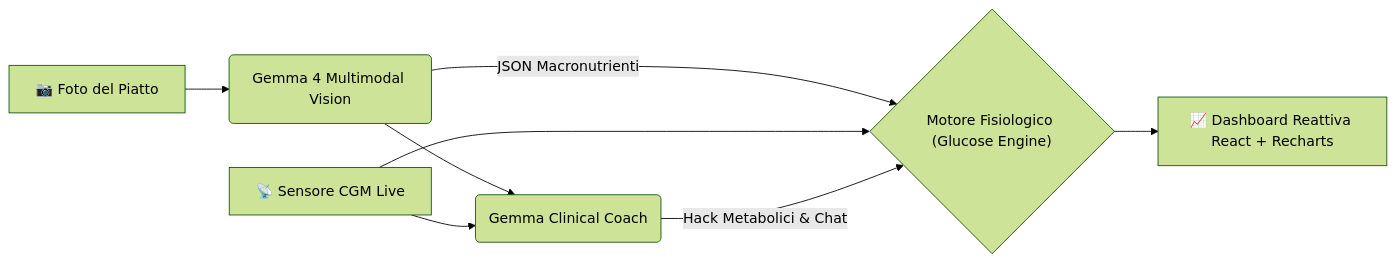
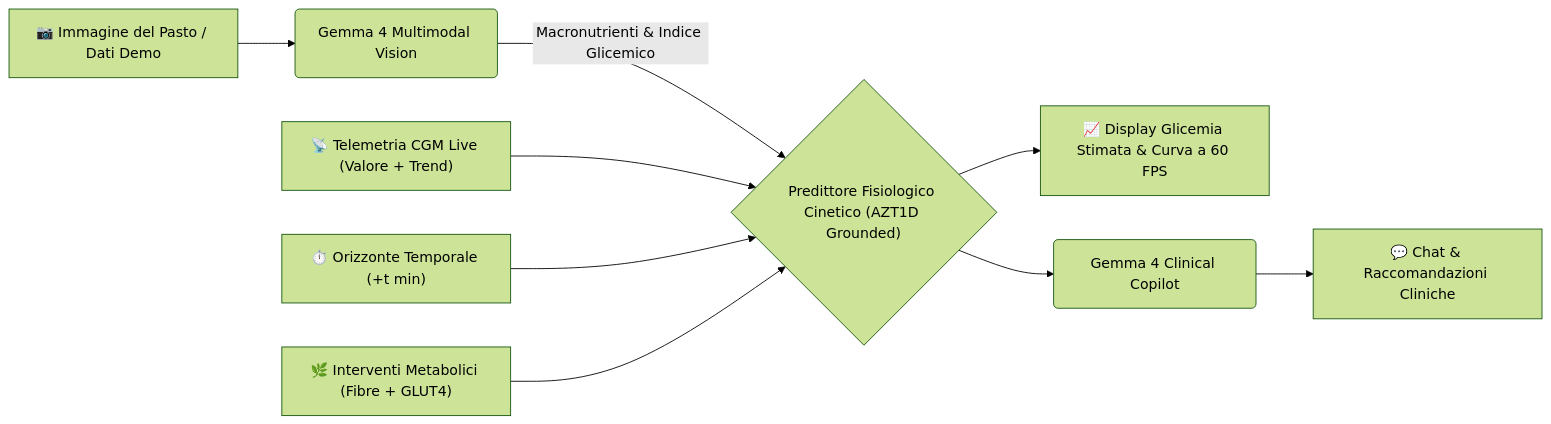
The diagram in README.md (Andrea1141/hacktoberfest2026), drawn with Mermaid (forest theme) before and after one commit. The commit also changed other lines of this file and 17 other files, not shown here.

````diff
--- a/README.md
+++ b/README.md
@@ -29,10 +39,11 @@
 ```mermaid
 graph LR
-    A["📷 Foto del Piatto"] --> B("Gemma 4 Multimodal Vision")
-    B -->|"JSON Macronutrienti"| C{"Motore Fisiologico (Glucose Engine)"}
-    D["📡 Sensore CGM Live"] --> C
-    B --> E("Gemma Clinical Coach")
-    D --> E
-    E -->|"Hack Metabolici & Chat"| C
-    C --> F["📈 Dashboard Reattiva React + Recharts"]
+    A["📷 Immagine del Pasto / Dati Demo"] --> B("Gemma 4 Multimodal Vision")
+    B -->|"Macronutrienti & Indice Glicemico"| C{"Predittore Fisiologico Cinetico (AZT1D Grounded)"}
+    D["📡 Telemetria CGM Live (Valore + Trend)"] --> C
+    E["⏱️ Orizzonte Temporale (+t min)"] --> C
+    F["🌿 Interventi Metabolici (Fibre + GLUT4)"] --> C
+    C --> G["📈 Display Glicemia Stimata & Curva a 60 FPS"]
+    C --> H("Gemma 4 Clinical Copilot")
+    H --> I["💬 Chat & Raccomandazioni Cliniche"]
 ```
````
